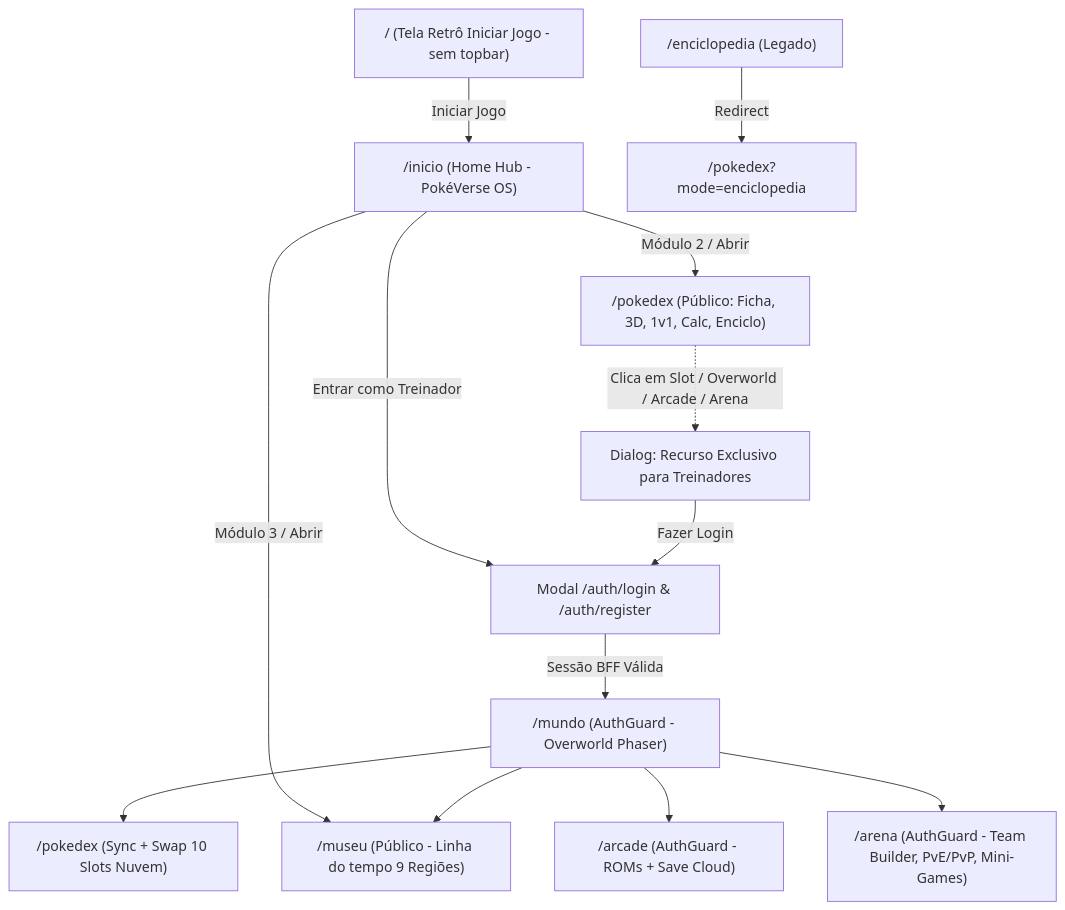
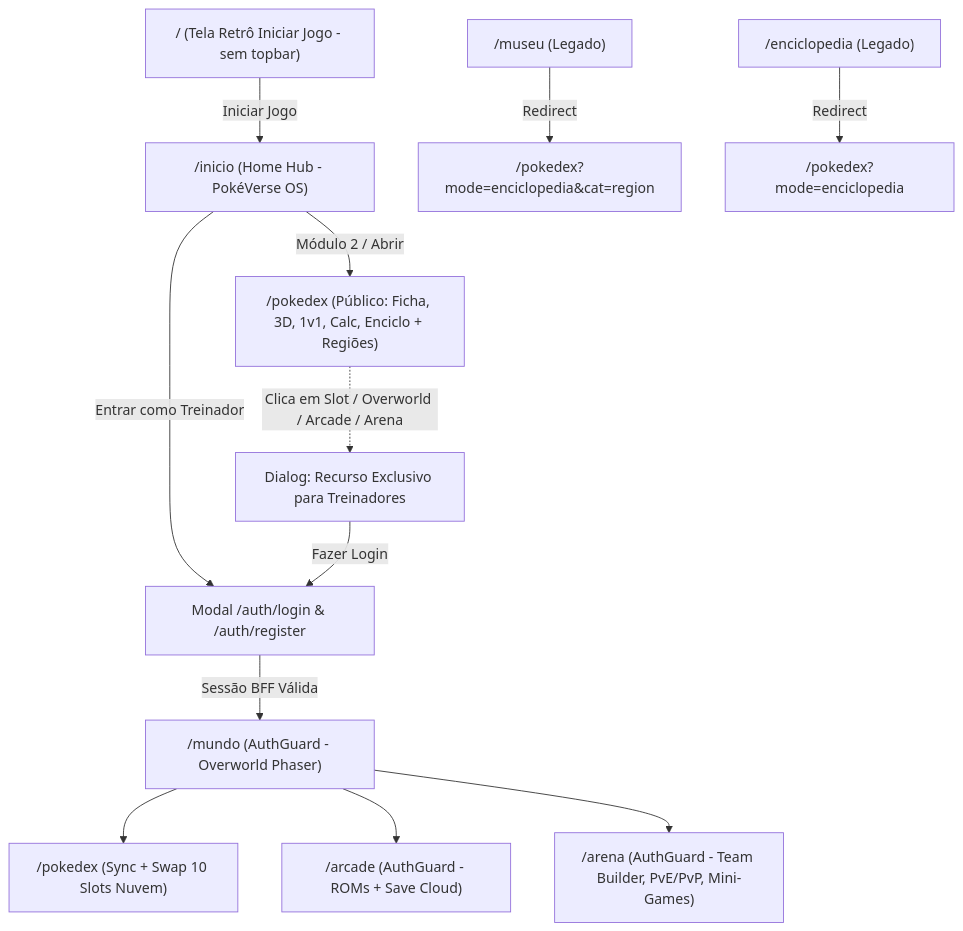
The diagram in docs/02-frontend-angular-hud-e-estado.md (Digooow/pokedex-frontend), drawn with Mermaid before and after one commit. The commit also changed other lines of this file and 42 other files, not shown here.

Commit message:
Refactor platform constants and schemas to remove 'museum' module; update related components and documentation for consistency. Rename 'Museu' to 'Atlas das Regiões' in various files and adjust routing and summaries accordingly. Enhance UI quality gate script to reflect new routing structure.

````diff
--- a/docs/02-frontend-angular-hud-e-estado.md
+++ b/docs/02-frontend-angular-hud-e-estado.md
@@ -16,17 +16,16 @@
 ```mermaid
 flowchart TD
   Root["/ (Tela Retrô Iniciar Jogo - sem topbar)"] -->|"Iniciar Jogo"| HubRoute["/inicio (Home Hub - PokéVerse OS)"]
-  HubRoute -->|"Módulo 2 / Abrir"| PokedexRoute["/pokedex (Público: Ficha, 3D, 1v1, Calc, Enciclo)"]
-  HubRoute -->|"Módulo 3 / Abrir"| MuseumRoute["/museu (Público - Linha do tempo 9 Regiões)"]
+  HubRoute -->|"Módulo 2 / Abrir"| PokedexRoute["/pokedex (Público: Ficha, 3D, 1v1, Calc, Enciclo + Regiões)"]
+  MuseumRoute["/museu (Legado)"] -->|"Redirect"| PokedexReg["/pokedex?mode=enciclopedia&cat=region"]
   EncRoute["/enciclopedia (Legado)"] -->|"Redirect"| PokedexEnc["/pokedex?mode=enciclopedia"]
   HubRoute -->|"Entrar como Treinador"| LoginModal["Modal /auth/login & /auth/register"]
 
   LoginModal -->|"Sessão BFF Válida"| OverworldRoute["/mundo (AuthGuard - Overworld Phaser)"]
   OverworldRoute --> PokedexCloud["/pokedex (Sync + Swap 10 Slots Nuvem)"]
-  OverworldRoute --> MuseumRoute
   OverworldRoute --> ArcadeRoute["/arcade (AuthGuard - ROMs + Save Cloud)"]
   OverworldRoute --> ArenaRoute["/arena (AuthGuard - Team Builder, PvE/PvP, Mini-Games)"]
 
   PokedexRoute -.->|"Clica em Slot / Overworld / Arcade / Arena"| LockedPrompt["Dialog: Recurso Exclusivo para Treinadores"]
   LockedPrompt -->|"Fazer Login"| LoginModal
 ```
````
